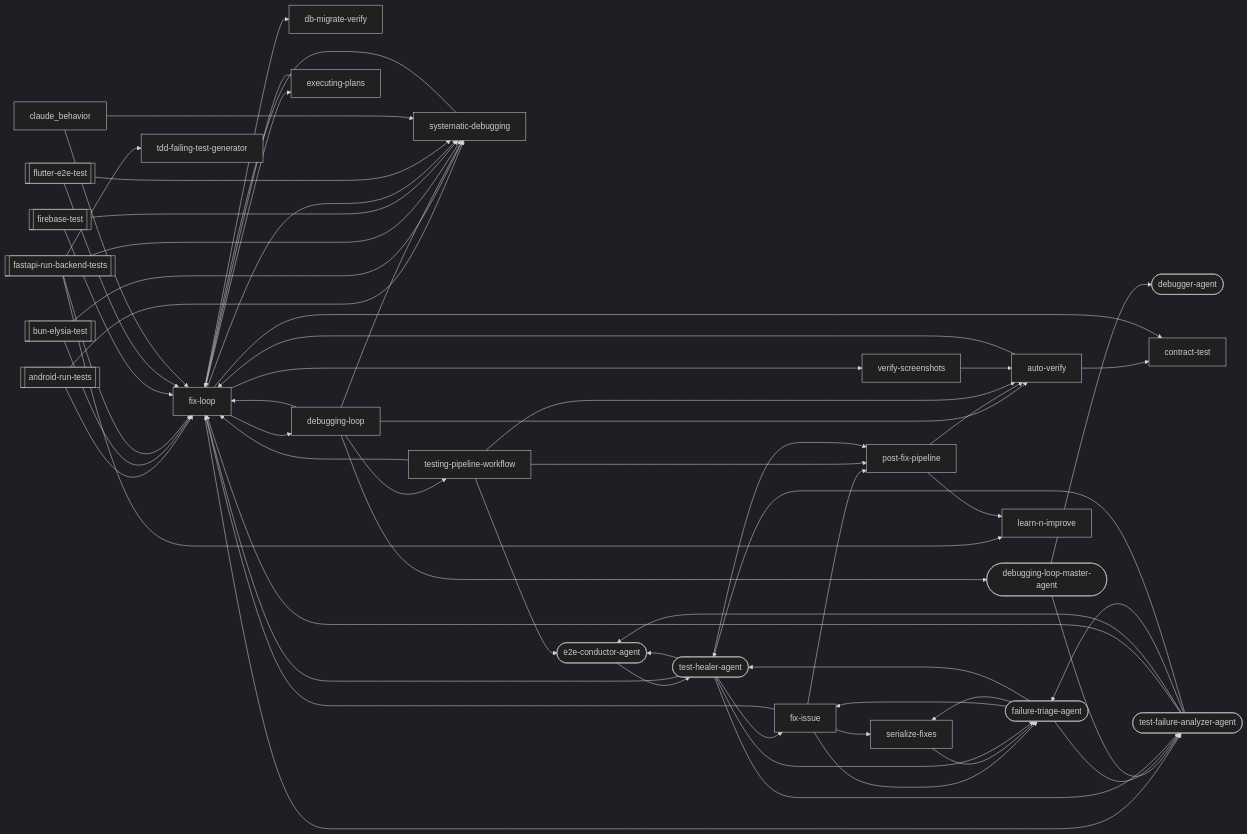
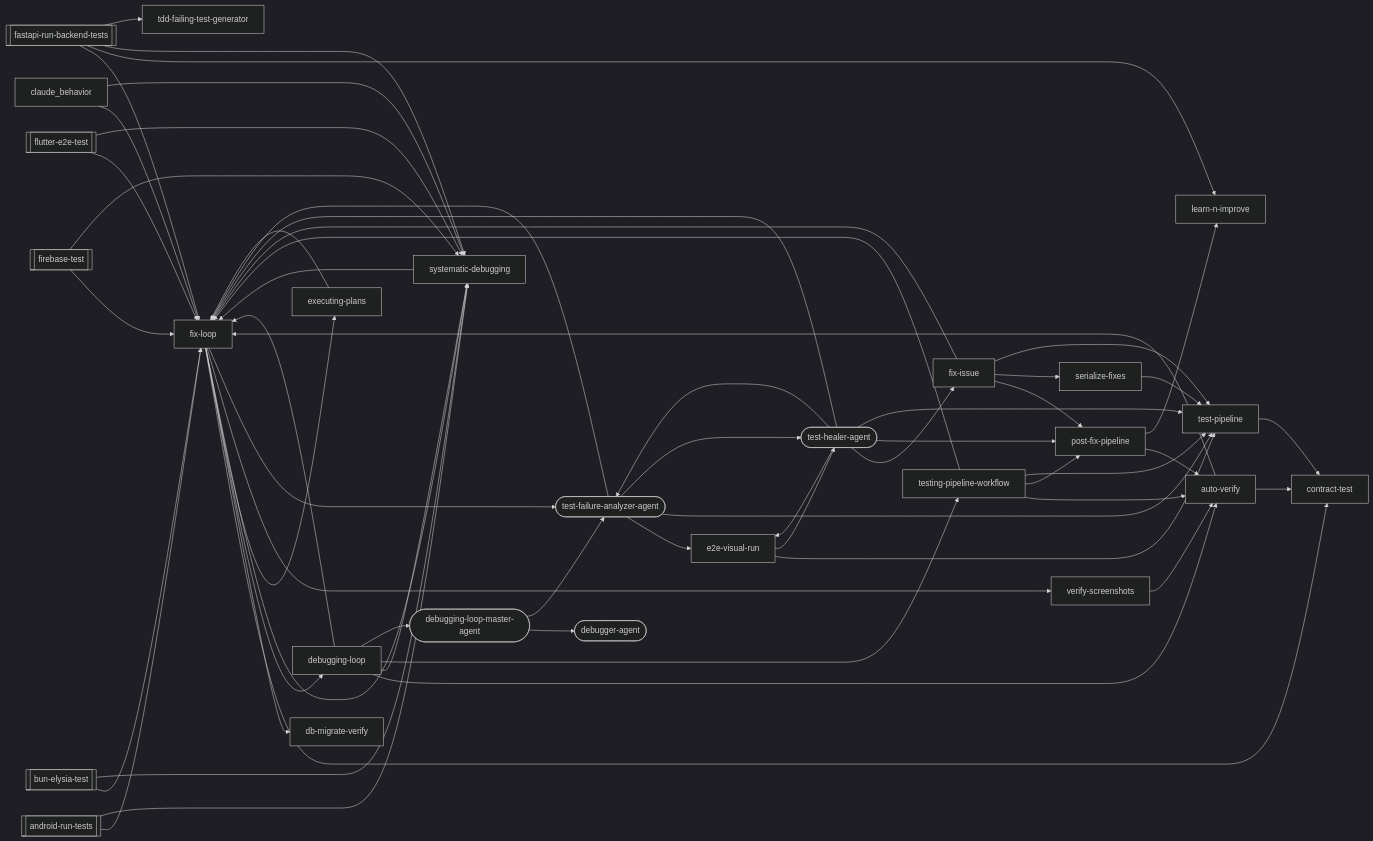
One commit to abhayla/claude-best-practices changed the third of 25 diagrams in docs/workflows/debugging-loop.md. Above: the diagram before and after it, drawn with Mermaid (dark theme). The commit also changed other lines of this file and 14 other files, not shown here.

```diff
--- a/docs/workflows/debugging-loop.md
+++ b/docs/workflows/debugging-loop.md
@@ -575,9 +646,8 @@
     debugger_agent(["debugger-agent"])
     debugging_loop["debugging-loop"]
     debugging_loop_master_agent(["debugging-loop-master-agent"])
-    e2e_conductor_agent(["e2e-conductor-agent"])
+    e2e_visual_run["e2e-visual-run"]
     executing_plans["executing-plans"]
-    failure_triage_agent(["failure-triage-agent"])
     fix_issue["fix-issue"]
     fix_loop["fix-loop"]
     learn_n_improve["learn-n-improve"]
@@ -587,6 +657,7 @@
     tdd_failing_test_generator["tdd-failing-test-generator"]
     test_failure_analyzer_agent(["test-failure-analyzer-agent"])
     test_healer_agent(["test-healer-agent"])
+    test_pipeline["test-pipeline"]
     testing_pipeline_workflow["testing-pipeline-workflow"]
     verify_screenshots["verify-screenshots"]
     android_run_tests --> fix_loop
@@ -600,6 +671,8 @@
     debugging_loop --> systematic_debugging
     debugging_loop --> testing_pipeline_workflow
     debugging_loop --> debugging_loop_master_agent
+    e2e_visual_run --> test_pipeline
+    e2e_visual_run --> test_healer_agent
     executing_plans --> fix_loop
     fastapi_run_backend_tests --> fix_loop
     fastapi_run_backend_tests --> learn_n_improve
@@ -610,7 +683,7 @@
     fix_issue --> fix_loop
     fix_issue --> post_fix_pipeline
     fix_issue --> serialize_fixes
-    fix_issue --> failure_triage_agent
+    fix_issue --> test_pipeline
     fix_loop --> contract_test
     fix_loop --> db_migrate_verify
     fix_loop --> debugging_loop
@@ -622,29 +695,25 @@
     flutter_e2e_test --> systematic_debugging
     post_fix_pipeline --> auto_verify
     post_fix_pipeline --> learn_n_improve
-    serialize_fixes --> failure_triage_agent
+    serialize_fixes --> test_pipeline
     systematic_debugging --> fix_loop
+    test_pipeline --> contract_test
     testing_pipeline_workflow --> auto_verify
     testing_pipeline_workflow --> fix_loop
     testing_pipeline_workflow --> post_fix_pipeline
-    testing_pipeline_workflow --> e2e_conductor_agent
+    testing_pipeline_workflow --> test_pipeline
     verify_screenshots --> auto_verify
     debugging_loop_master_agent --> debugger_agent
     debugging_loop_master_agent --> test_failure_analyzer_agent
-    e2e_conductor_agent --> test_healer_agent
-    failure_triage_agent --> fix_issue
-    failure_triage_agent --> serialize_fixes
-    failure_triage_agent --> test_failure_analyzer_agent
-    failure_triage_agent --> test_healer_agent
+    test_failure_analyzer_agent --> e2e_visual_run
     test_failure_analyzer_agent --> fix_loop
-    test_failure_analyzer_agent --> e2e_conductor_agent
-    test_failure_analyzer_agent --> failure_triage_agent
+    test_failure_analyzer_agent --> test_pipeline
     test_failure_analyzer_agent --> test_healer_agent
+    test_healer_agent --> e2e_visual_run
     test_healer_agent --> fix_issue
     test_healer_agent --> fix_loop
     test_healer_agent --> post_fix_pipeline
-    test_healer_agent --> e2e_conductor_agent
-    test_healer_agent --> failure_triage_agent
+    test_healer_agent --> test_pipeline
     test_healer_agent --> test_failure_analyzer_agent
     claude_behavior --> fix_loop
     claude_behavior --> systematic_debugging
```
